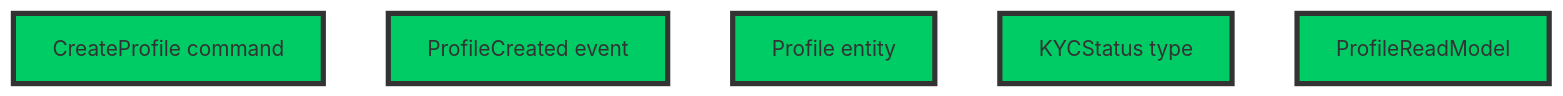
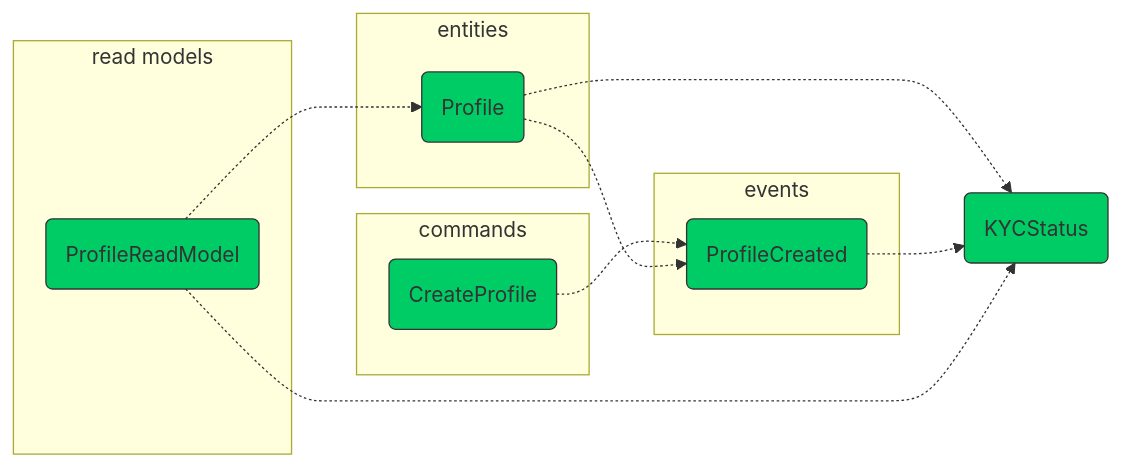
One commit to boostercloud/kyc-example changed the third of 13 diagrams in README.md. Above: the diagram before and after it, drawn with Mermaid. The commit also changed other lines of this file and 10 other files, not shown here.

````diff
--- a/README.md
+++ b/README.md
@@ -136,10 +165,24 @@
 ```mermaid
-graph TD;
-    classDef green fill:#00cc66,stroke:#333,stroke-width:4px,color:#333;
-    A[CreateProfile command];
-    B[ProfileCreated event];
-    C[Profile entity];
-    D[KYCStatus type];
-    E[ProfileReadModel];
+graph LR;
+    classDef green fill:#00cc66,stroke:#333,stroke-width:1px,color:#333;
+    subgraph commands
+        A(CreateProfile)
+    end
+    subgraph events
+        B(ProfileCreated)
+    end
+    subgraph entities
+        C(Profile)
+    end
+    subgraph read models
+        E(ProfileReadModel)
+    end
+    D(KYCStatus)
+    A -.-> B
+    C -.-> B
+    C -.-> D
+    B -.-> D
+    E -.-> C
+    E -.-> D
     class A,B,C,D,E green;
 ```
````
